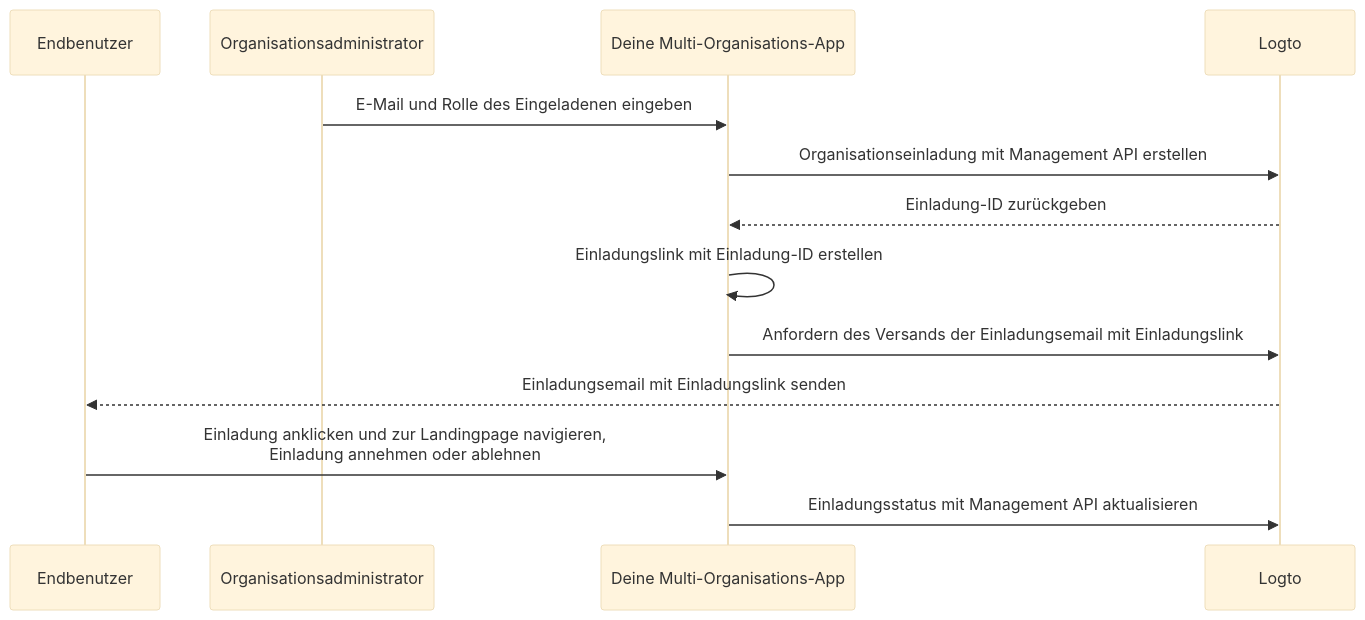
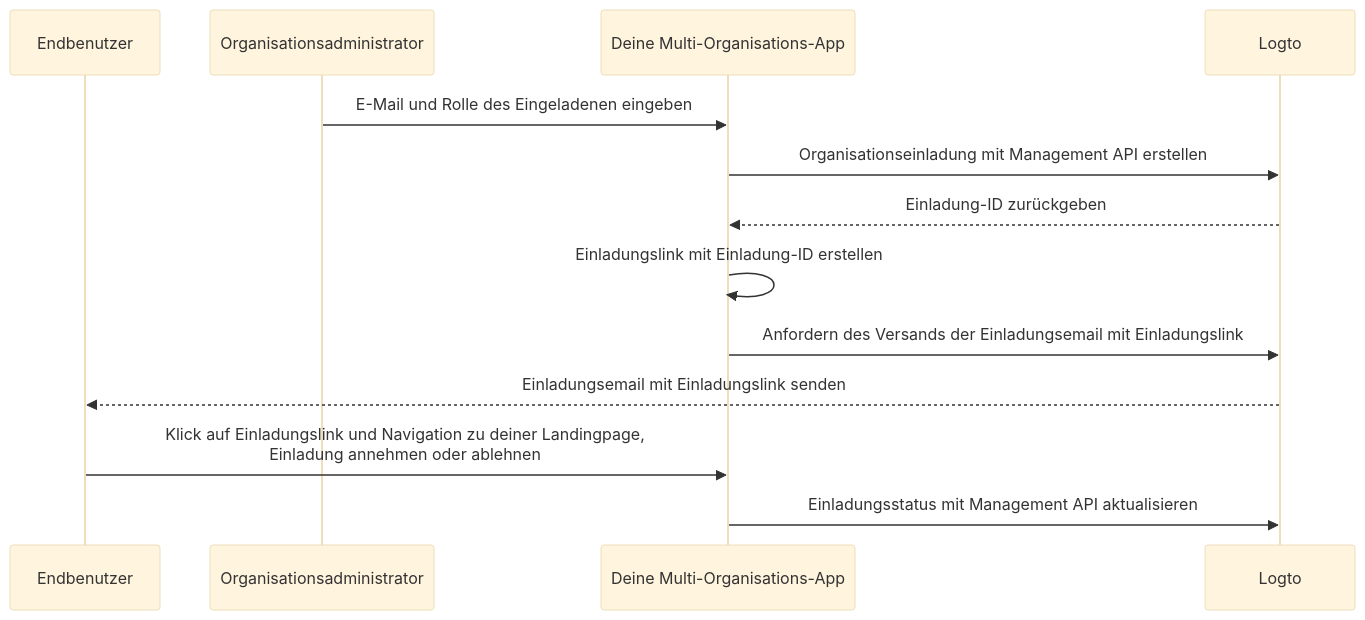
Before and after one commit to logto-io/docs: the diagram in i18n/de/docusaurus-plugin-content-docs/current/end-user-flows/organization-experience/invite-organization-members.mdx, drawn with Mermaid (base theme). The commit also changed other lines of this file and 16 other files, not shown here.

````diff
--- a/i18n/de/docusaurus-plugin-content-docs/current/end-user-flows/organization-experience/invite-organization-members.mdx
+++ b/i18n/de/docusaurus-plugin-content-docs/current/end-user-flows/organization-experience/invite-organization-members.mdx
@@ -13,16 +13,16 @@
 ```mermaid
 sequenceDiagram
 	Participant U as Endbenutzer
   Participant A as Organisationsadministrator
   Participant C as Deine Multi-Organisations-App
 	Participant L as Logto
 
   A ->> C: E-Mail und Rolle des Eingeladenen eingeben
   C ->> L: Organisationseinladung mit Management API erstellen
   L -->> C: Einladung-ID zurückgeben
   C ->> C: Einladungslink mit Einladung-ID erstellen
   C ->> L: Anfordern des Versands der Einladungsemail mit Einladungslink
   L -->> U: Einladungsemail mit Einladungslink senden
-  U ->> C: Einladung anklicken und zur Landingpage navigieren,<br /> Einladung annehmen oder ablehnen
+  U ->> C: Klick auf Einladungslink und Navigation zu deiner Landingpage,<br /> Einladung annehmen oder ablehnen
   C ->> L: Einladungsstatus mit Management API aktualisieren
 ```
````
